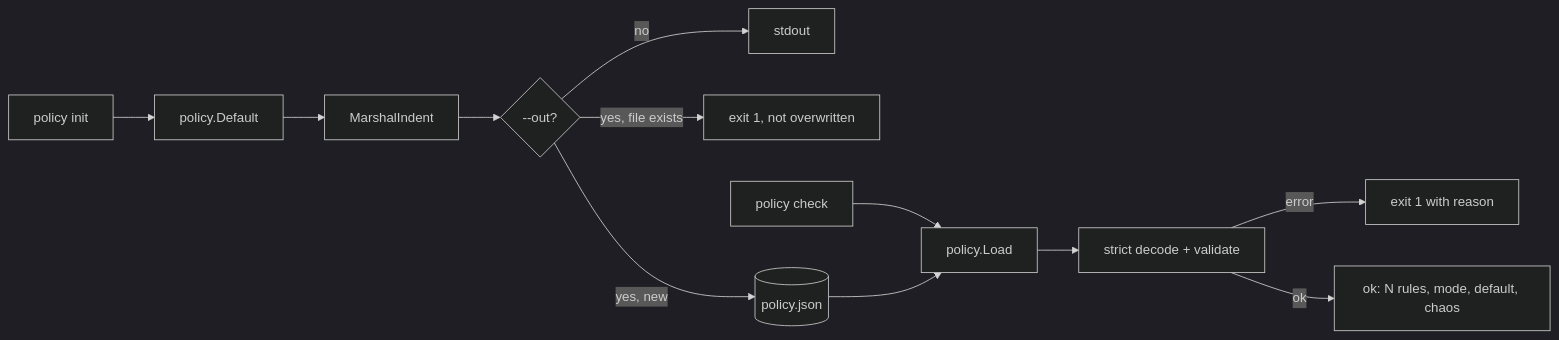
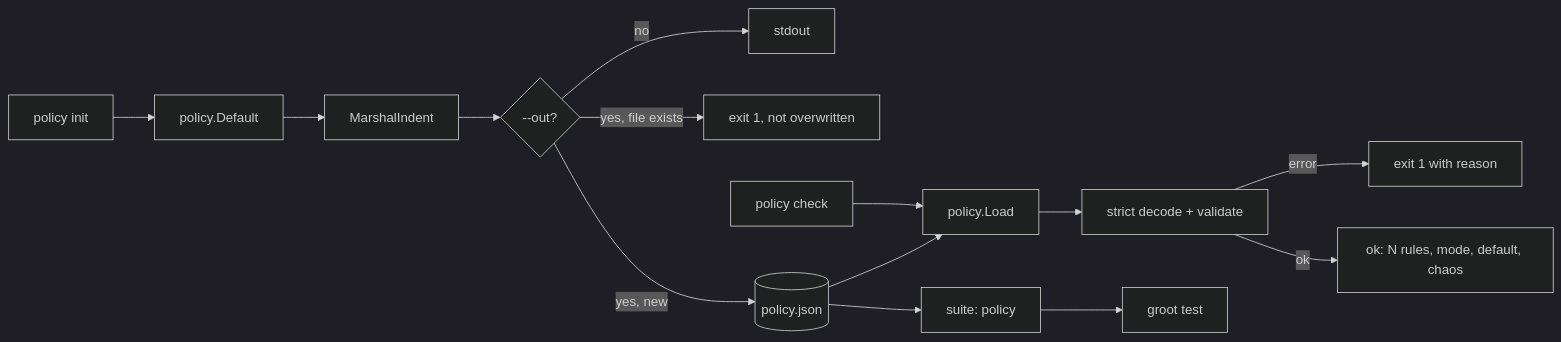
Before and after one commit to attckus/attckus: the diagram in docs/design/policy.md, drawn with Mermaid (dark theme). The commit also changed other lines of this file and 53 other files, not shown here.

````diff
--- a/docs/design/policy.md
+++ b/docs/design/policy.md
@@ -16,14 +16,15 @@
 ```mermaid
 flowchart LR
   init[policy init] --> def[policy.Default]
   def --> json[MarshalIndent]
   json --> dest{--out?}
   dest -- no --> stdout
   dest -- yes, file exists --> refuse[exit 1, not overwritten]
   dest -- yes, new --> file[(policy.json)]
   check[policy check] --> load[policy.Load]
   file --> load
   load --> val[strict decode + validate]
   val -- error --> e1[exit 1 with reason]
   val -- ok --> summary["ok: N rules, mode, default, chaos"]
+  file --> suite["suite: policy"] --> test[groot test]
 ```
````
